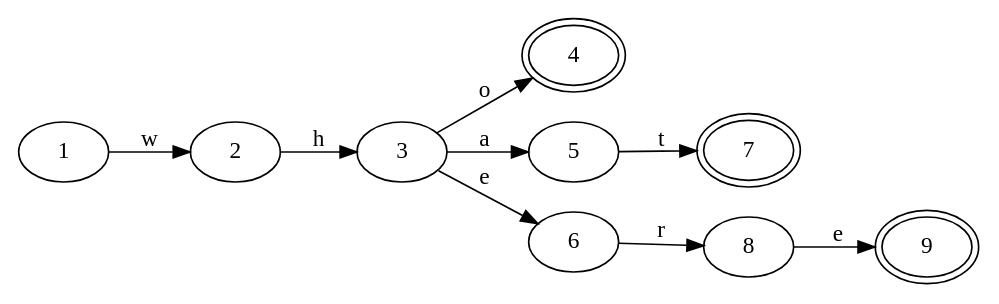
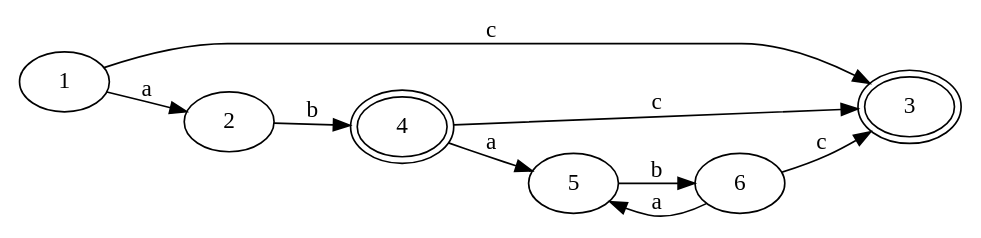
The second of 3 diagrams in lua_demo/README.md (JuanZoran/Principle-of-compilation-from-scratch), drawn with Graphviz before and after one commit. The commit also changed other lines of this file and 12 other files, not shown here.

````diff
--- a/lua_demo/README.md
+++ b/lua_demo/README.md
@@ -51,16 +38,15 @@
 ```dot
 digraph {
 rankdir = LR
+3 [peripheries=2]
 4 [peripheries=2]
-7 [peripheries=2]
-9 [peripheries=2]
-1 -> 2 [label="w"]
-2 -> 3 [label="h"]
-3 -> 4 [label="o"]
-3 -> 5 [label="a"]
-3 -> 6 [label="e"]
-5 -> 7 [label="t"]
-6 -> 8 [label="r"]
-8 -> 9 [label="e"]
+1 -> 2 [label="a"]
+1 -> 3 [label="c"]
+2 -> 4 [label="b"]
+4 -> 5 [label="a"]
+4 -> 3 [label="c"]
+5 -> 6 [label="b"]
+6 -> 5 [label="a"]
+6 -> 3 [label="c"]
 }
 ```
````
